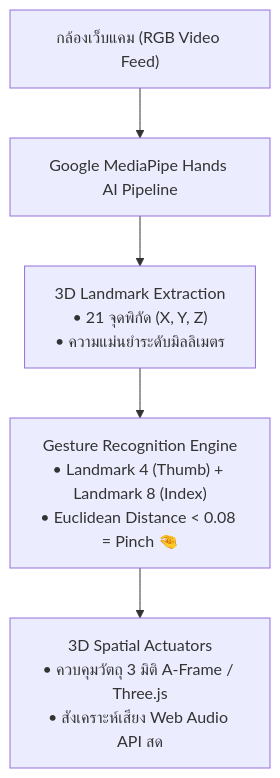
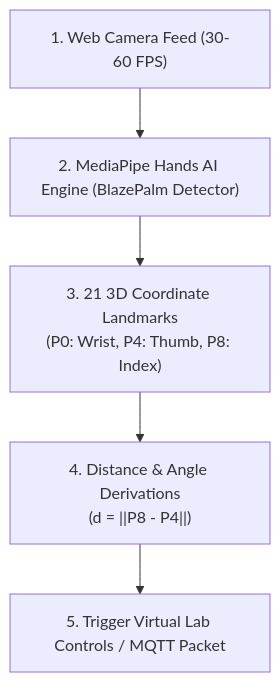
One commit to Tsanaphy2023/computing-science changed the diagram in book1_chapters/chapter09_ai_vision_and_iot.md. Above: the diagram before and after it, drawn with Mermaid. The commit also changed other lines of this file and 13 other files, not shown here.

````diff
--- a/book1_chapters/chapter09_ai_vision_and_iot.md
+++ b/book1_chapters/chapter09_ai_vision_and_iot.md
@@ -34,7 +52,9 @@
 ```mermaid
 graph TD
-    CAM["กล้องเว็บแคม (RGB Video Feed)"] --> MP["Google MediaPipe Hands AI Pipeline"]
-    MP --> LM["3D Landmark Extraction\n• 21 จุดพิกัด (X, Y, Z)\n• ความแม่นยำระดับมิลลิเมตร"]
-    LM --> GEST["Gesture Recognition Engine\n• Landmark 4 (Thumb) + Landmark 8 (Index)\n• Euclidean Distance < 0.08 = Pinch 🤏"]
-    GEST --> ACT["3D Spatial Actuators\n• ควบคุมวัตถุ 3 มิติ A-Frame / Three.js\n• สังเคราะห์เสียง Web Audio API สด"]
+    Cam["1. Web Camera Feed (30-60 FPS)"] --> MediaPipe["2. MediaPipe Hands AI Engine (BlazePalm Detector)"]
+    MediaPipe --> Landmarks["3. 21 3D Coordinate Landmarks
+(P0: Wrist, P4: Thumb, P8: Index)"]
+    Landmarks --> Calc["4. Distance & Angle Derivations
+(d = ||P8 - P4||)"]
+    Calc --> Action["5. Trigger Virtual Lab Controls / MQTT Packet"]
 ```
````
